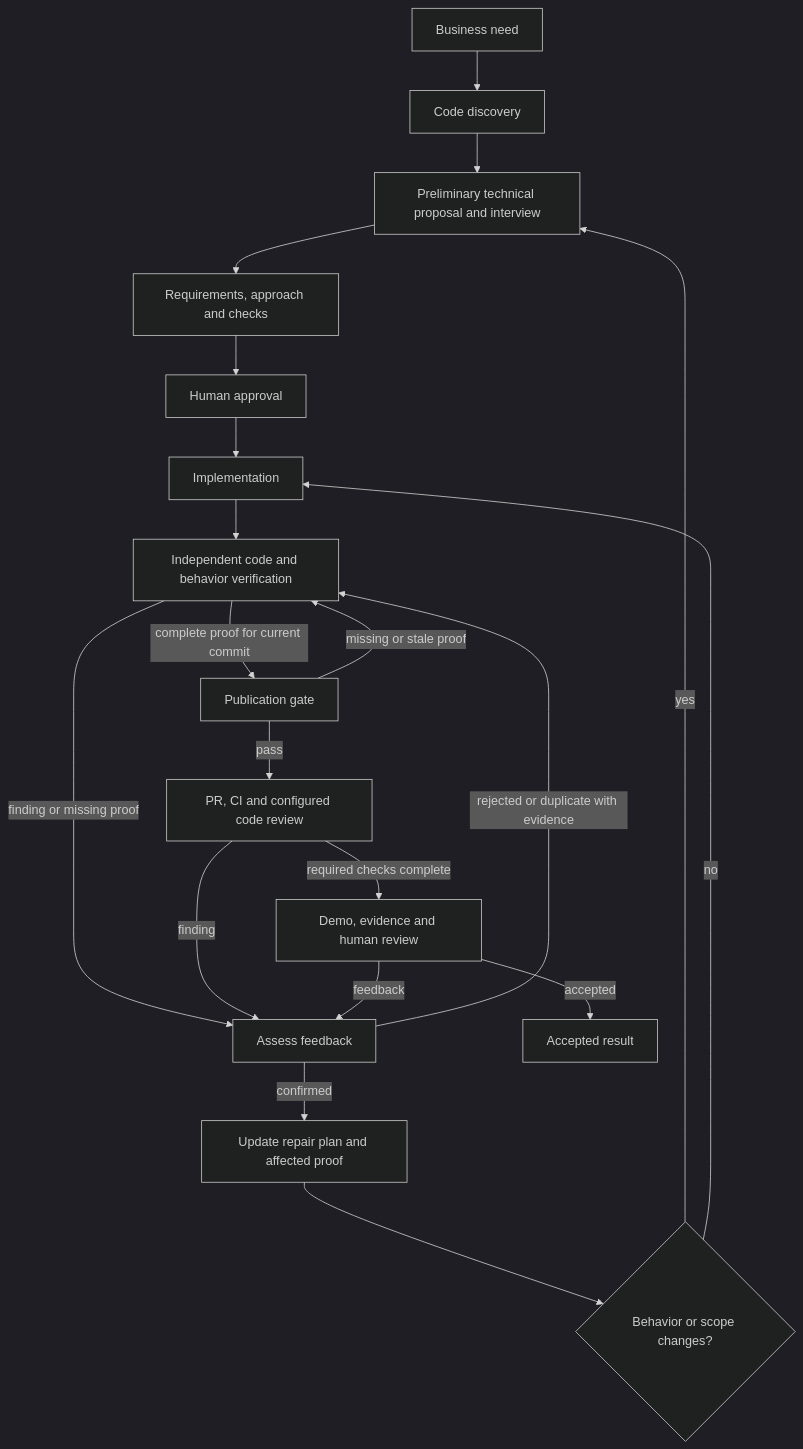
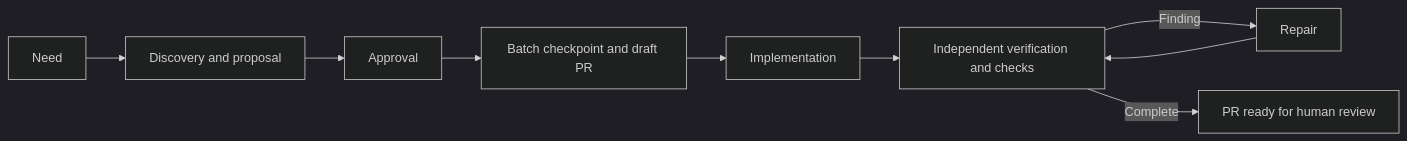
The diagram in README.md (ciupkajakub/ai-dev-workflows), drawn with Mermaid (dark theme) before and after one commit. The commit also changed other lines of this file and 28 other files, not shown here.

````diff
--- a/README.md
+++ b/README.md
@@ -68,22 +23,11 @@
 ```mermaid
-flowchart TD
-  need[Business need] --> explore[Code discovery]
-  explore --> interview[Preliminary technical proposal and interview]
-  interview --> plan[Requirements, approach and checks]
-  plan --> approve[Human approval]
-  approve --> implement[Implementation]
-  implement --> verify[Independent code and behavior verification]
-  verify -->|finding or missing proof| assess
-  verify -->|complete proof for current commit| gate[Publication gate]
-  gate -->|pass| checks[PR, CI and configured code review]
-  gate -->|missing or stale proof| verify
-  checks -->|finding| assess[Assess feedback]
-  assess -->|rejected or duplicate with evidence| verify
-  assess -->|confirmed| repair[Update repair plan and affected proof]
-  repair --> change{Behavior or scope changes?}
-  change -->|yes| interview
-  change -->|no| implement
-  checks -->|required checks complete| result[Demo, evidence and human review]
-  result -->|feedback| assess
-  result -->|accepted| done[Accepted result]
+flowchart LR
+    need[Need] --> proposal[Discovery and proposal]
+    proposal --> approval[Approval]
+    approval --> draft[Batch checkpoint and draft PR]
+    draft --> implement[Implementation]
+    implement --> verify[Independent verification and checks]
+    verify -->|Finding| repair[Repair]
+    repair --> verify
+    verify -->|Complete| ready[PR ready for human review]
 ```
````
